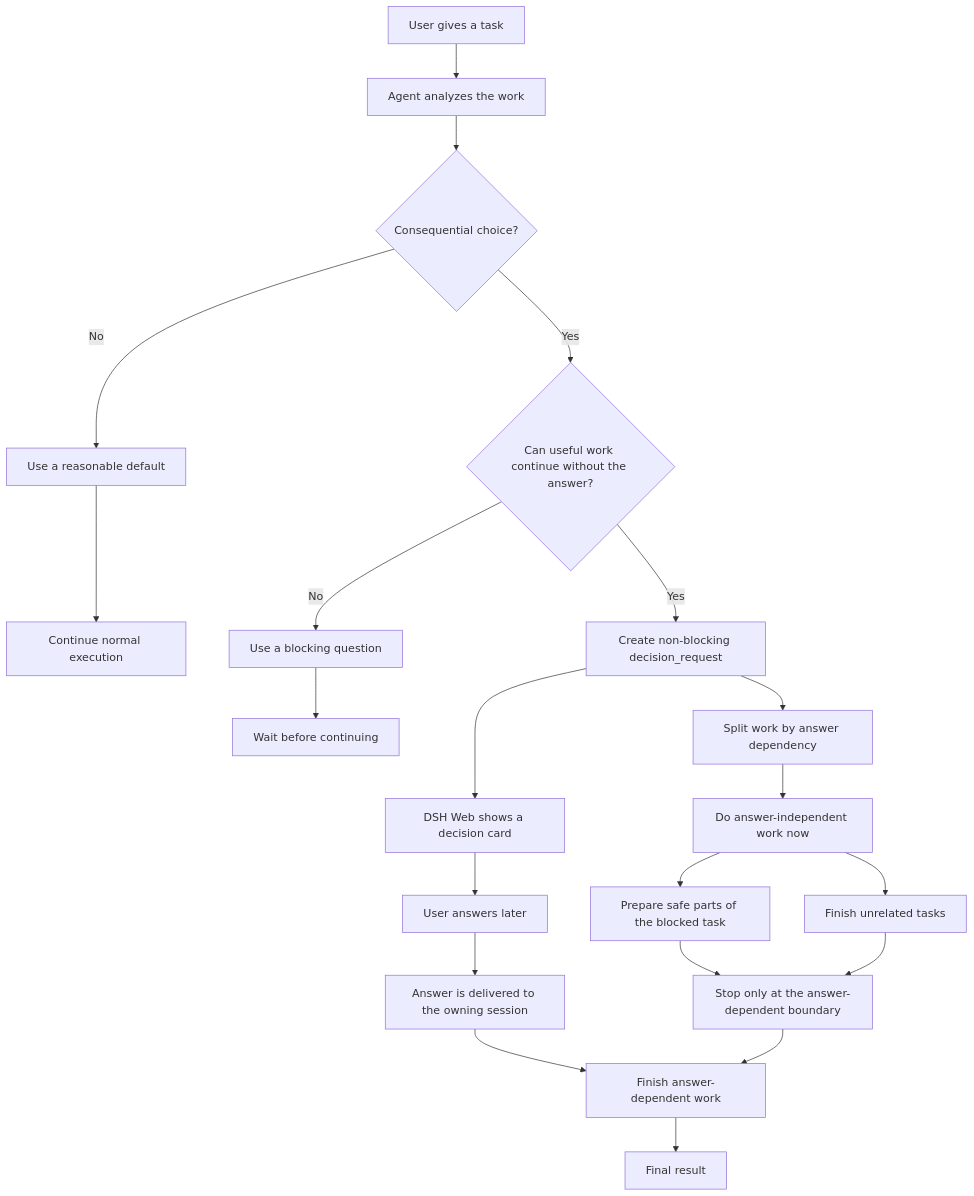
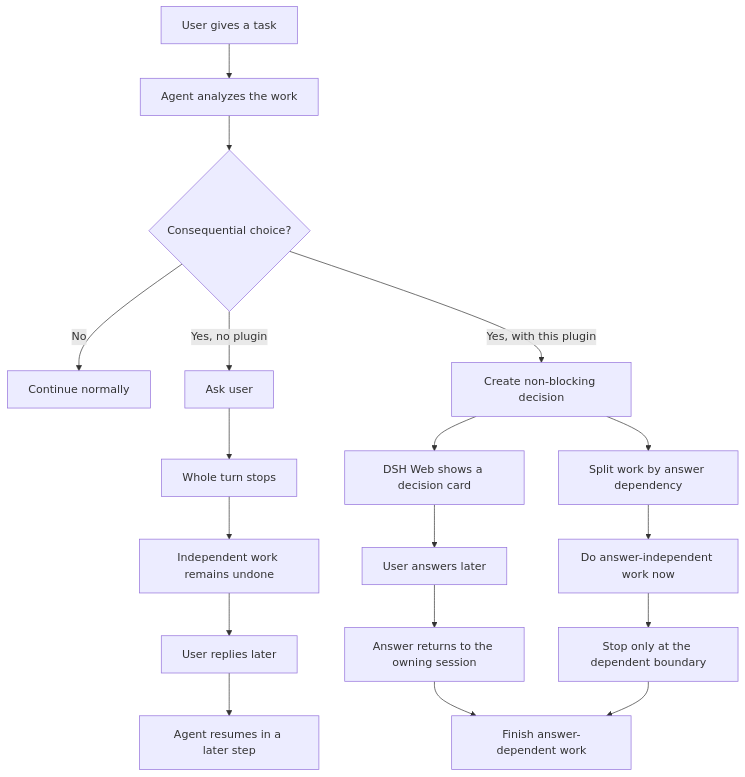
One commit to ThirtySeven-3737/dsh-plugin-decision-inbox changed the diagram in README.md. Above: the diagram before and after it, drawn with Mermaid. The commit also changed other lines of this file and 1 other file, not shown here.

````diff
--- a/README.md
+++ b/README.md
@@ -38,29 +25,23 @@
 ```mermaid
 flowchart TD
-  user[User gives a task] --> plan[Agent analyzes the work]
-  plan --> choice{Consequential choice?}
+  start[User gives a task] --> analyze[Agent analyzes the work]
+  analyze --> choice{Consequential choice?}
 
-  choice -- No --> default[Use a reasonable default]
-  default --> normal[Continue normal execution]
+  choice -- No --> normal[Continue normally]
 
-  choice -- Yes --> parallel{Can useful work continue without the answer?}
+  choice -- Yes, no plugin --> ask[Ask user]
+  ask --> stop[Whole turn stops]
+  stop --> idle[Independent work remains undone]
+  idle --> later[User replies later]
+  later --> resume_old[Agent resumes in a later step]
 
-  parallel -- No --> blocking[Use a blocking question]
-  blocking --> wait_all[Wait before continuing]
-
-  parallel -- Yes --> request[Create non-blocking decision_request]
+  choice -- Yes, with this plugin --> request[Create non-blocking decision]
   request --> card[DSH Web shows a decision card]
   request --> split[Split work by answer dependency]
-
-  split --> independent[Do answer-independent work now]
-  independent --> partial[Prepare safe parts of the blocked task]
-  independent --> other[Finish unrelated tasks]
-  partial --> boundary[Stop only at the answer-dependent boundary]
-  other --> boundary
-
+  split --> continue[Do answer-independent work now]
+  continue --> boundary[Stop only at the dependent boundary]
   card --> answer[User answers later]
-  answer --> resume[Answer is delivered to the owning session]
-  resume --> dependent[Finish answer-dependent work]
-  boundary --> dependent
-  dependent --> done[Final result]
+  answer --> deliver[Answer returns to the owning session]
+  deliver --> finish[Finish answer-dependent work]
+  boundary --> finish
 ```
````
